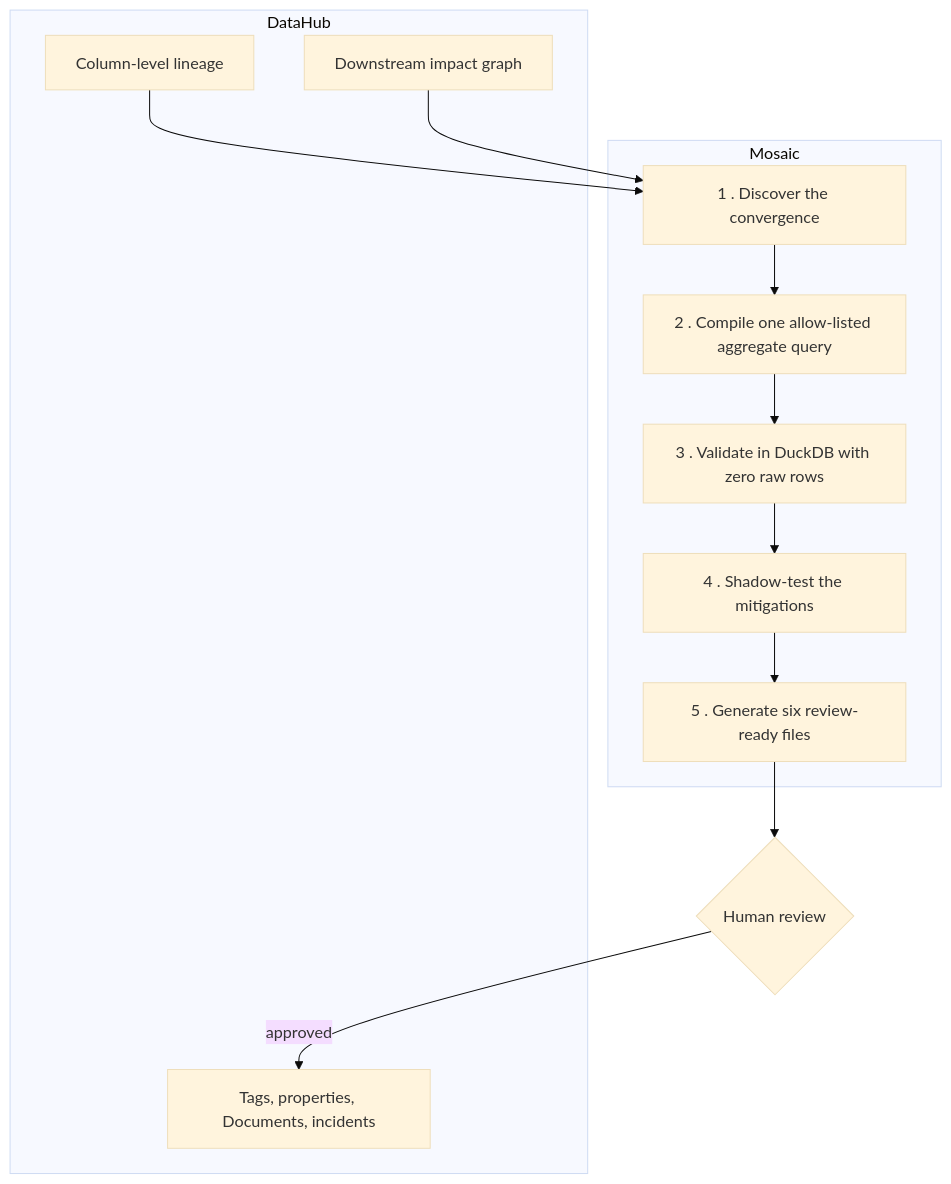
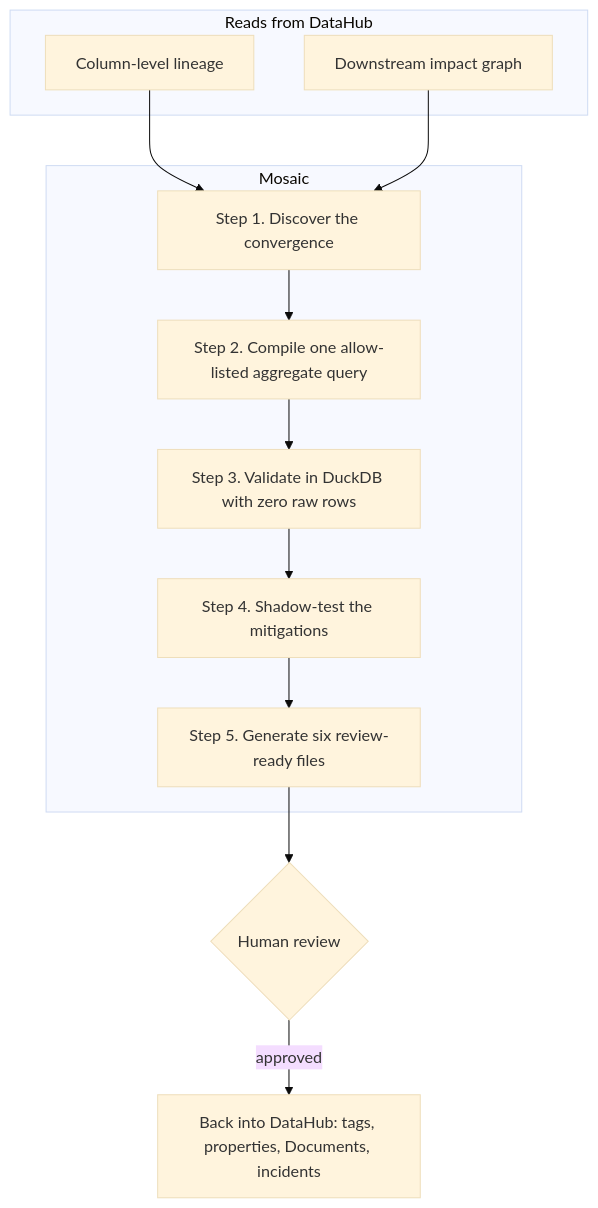
Before and after one commit to usv240/mosaic-datahub: the first of 2 diagrams in README.md, drawn with Mermaid (base theme). The commit also changed other lines of this file, not shown here.

Commit message:
Tighten architecture diagram layout and step labels

````diff
--- a/README.md
+++ b/README.md
@@ -40,23 +40,23 @@
 ```mermaid
 flowchart TB
-    subgraph DataHub
+    subgraph READ[Reads from DataHub]
         DH1[Column-level lineage]
         DH2[Downstream impact graph]
-        DH3[Tags, properties, Documents, incidents]
     end
 
     subgraph Mosaic
-        M1[1 . Discover the convergence]
-        M2[2 . Compile one allow-listed aggregate query]
-        M3[3 . Validate in DuckDB with zero raw rows]
-        M4[4 . Shadow-test the mitigations]
-        M5[5 . Generate six review-ready files]
+        M1[Step 1. Discover the convergence]
+        M2[Step 2. Compile one allow-listed aggregate query]
+        M3[Step 3. Validate in DuckDB with zero raw rows]
+        M4[Step 4. Shadow-test the mitigations]
+        M5[Step 5. Generate six review-ready files]
     end
 
     HUMAN{Human review}
+    BACK[Back into DataHub: tags, properties, Documents, incidents]
 
     DH1 --> M1
     DH2 --> M1
     M1 --> M2 --> M3 --> M4 --> M5 --> HUMAN
-    HUMAN -->|approved| DH3
+    HUMAN -->|approved| BACK
 ```
````
